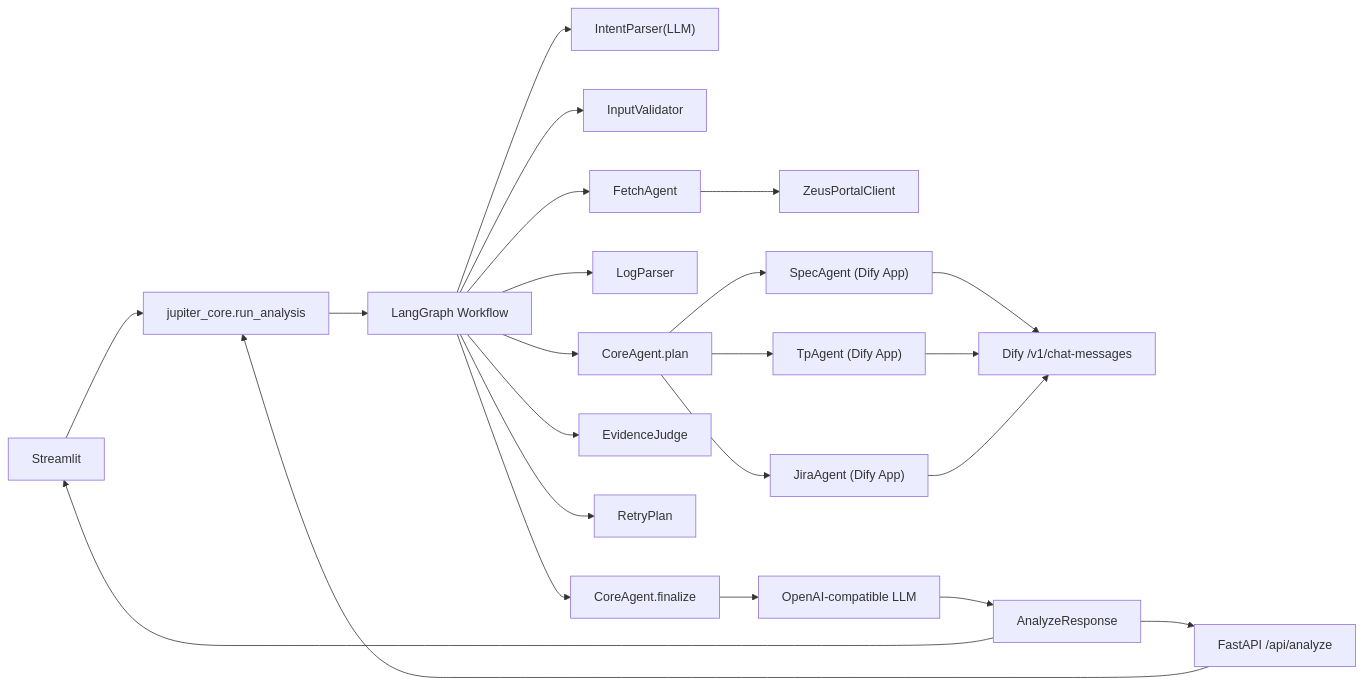
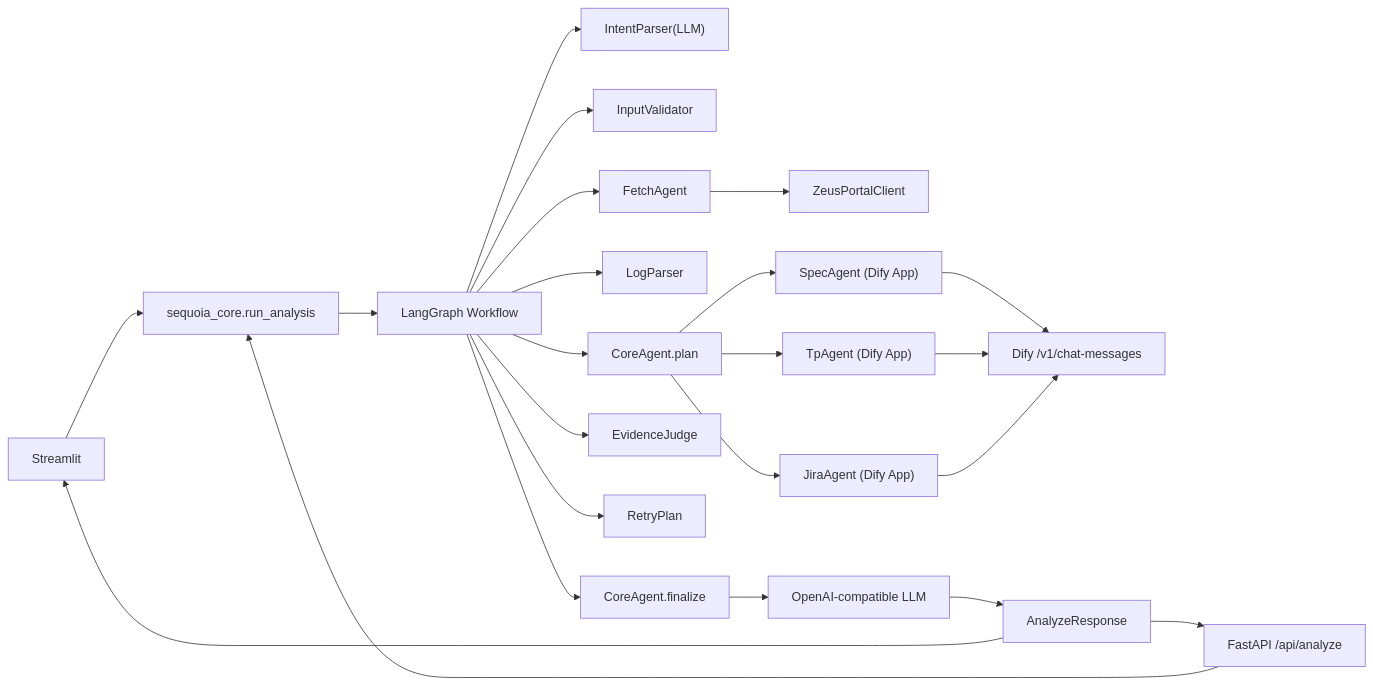
One commit to jonhncatt/jupiter changed the first of 3 diagrams in README.md. Above: the diagram before and after it, drawn with Mermaid. The commit also changed other lines of this file and 15 other files, not shown here.

````diff
--- a/README.md
+++ b/README.md
@@ -18,29 +18,29 @@
 ```mermaid
 flowchart LR
-UI["Streamlit"] --> CORE["jupiter_core.run_analysis"]
+UI["Streamlit"] --> CORE["sequoia_core.run_analysis"]
 API["FastAPI /api/analyze"] --> CORE
 CORE --> G["LangGraph Workflow"]
 
 G --> I["IntentParser(LLM)"]
 G --> V["InputValidator"]
 G --> F["FetchAgent"]
 F --> Z["ZeusPortalClient"]
 G --> P["LogParser"]
 
 G --> C1["CoreAgent.plan"]
 C1 --> S["SpecAgent (Dify App)"]
 C1 --> T["TpAgent (Dify App)"]
 C1 --> J["JiraAgent (Dify App)"]
 G --> EJ["EvidenceJudge"]
 G --> RP["RetryPlan"]
 
 S --> D["Dify /v1/chat-messages"]
 T --> D
 J --> D
 
 G --> C2["CoreAgent.finalize"]
 C2 --> L["OpenAI-compatible LLM"]
 L --> R["AnalyzeResponse"]
 R --> UI
 R --> API
 ```
````
